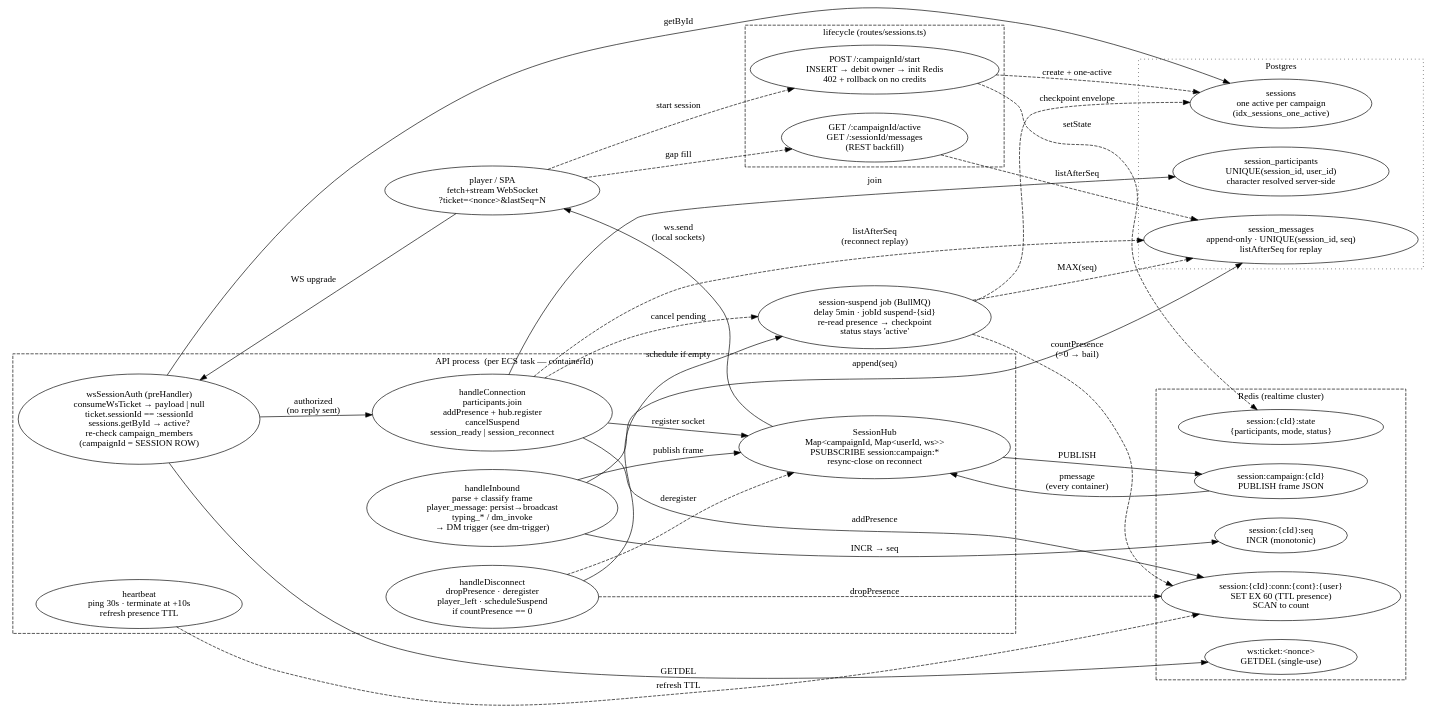
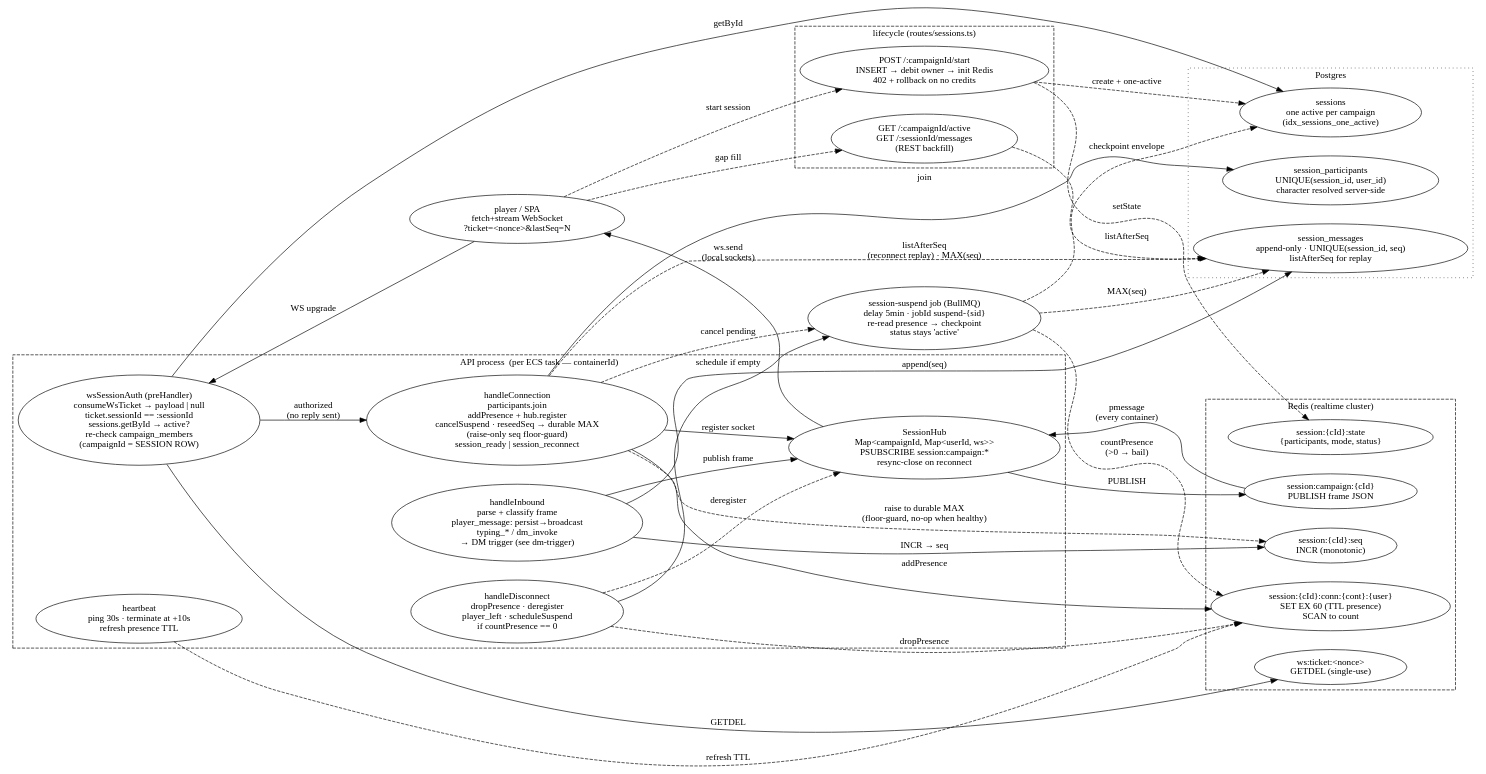
One commit to mythrun/mythrun changed the diagram in docs/wiki/diagrams/runtime/session-transport.dot. Above: the diagram before and after it, drawn with Graphviz. The commit also changed 32 other files, not shown here.

```diff
--- a/docs/wiki/diagrams/runtime/session-transport.dot
+++ b/docs/wiki/diagrams/runtime/session-transport.dot
@@ -1,106 +1,111 @@
 digraph session_transport {
   // The live multiplayer WebSocket session transport. A player mints a
   // single-use ws-ticket (HTTP), then upgrades GET /ws/session/:sessionId
   // carrying it as a query param. wsSessionAuth consumes the ticket
   // PRE-UPGRADE, re-checks membership against the LOADED session row, and
   // only then completes the handshake. Inbound chat is persist-then-broadcast:
   // a server-assigned Redis-INCR seq, an append to session_messages, then a
   // fan-out through the SessionHub. The hub PSUBSCRIBEs one Redis channel per
   // campaign so a message published on any API container reaches every
   // container's locally-connected sockets. Presence is a TTL key per
   // connection; the last disconnect schedules a delayed BullMQ suspend job
-  // that re-reads presence on fire (idempotent, crash-safe).
+  // that re-reads presence on fire (idempotent, crash-safe). The join path
+  // also raises the campaign :seq counter to the session's durable MAX(seq)
+  // (raise-only reseedSeq — the myth-rf5rn floor-guard) before any message is
+  // accepted, so a counter that expired over a long idle can't silently
+  // persist low-seq rows before the session opening.
   rankdir=LR;
   compound=true;
   nodesep=0.4;
   ranksep=0.8;
 
   client [label="player / SPA\nfetch+stream WebSocket\n?ticket=<nonce>&lastSeq=N", color="ember", fontcolor="ember"];
 
   subgraph cluster_api {
     label="API process  (per ECS task — containerId)";
     style="dashed";
 
     auth   [label="wsSessionAuth (preHandler)\nconsumeWsTicket → payload | null\nticket.sessionId == :sessionId\nsessions.getById → active?\nre-check campaign_members\n(campaignId = SESSION ROW)"];
-    conn   [label="handleConnection\nparticipants.join\naddPresence + hub.register\ncancelSuspend\nsession_ready | session_reconnect"];
+    conn   [label="handleConnection\nparticipants.join\naddPresence + hub.register\ncancelSuspend · reseedSeq → durable MAX\n(raise-only seq floor-guard)\nsession_ready | session_reconnect"];
     inbound [label="handleInbound\nparse + classify frame\nplayer_message: persist→broadcast\ntyping_* / dm_invoke\n→ DM trigger (see dm-trigger)"];
     heart  [label="heartbeat\nping 30s · terminate at +10s\nrefresh presence TTL"];
     disc   [label="handleDisconnect\ndropPresence · deregister\nplayer_left · scheduleSuspend\nif countPresence == 0"];
     hub    [label="SessionHub\nMap<campaignId, Map<userId, ws>>\nPSUBSCRIBE session:campaign:*\nresync-close on reconnect", color="ember", fontcolor="ember"];
   }
 
   subgraph cluster_redis {
     label="Redis (realtime cluster)";
     style="dashed";
     color="ember";
     fontcolor="ember";
 
     ticket  [label="ws:ticket:<nonce>\nGETDEL (single-use)"];
     seq     [label="session:{cId}:seq\nINCR (monotonic)"];
     pres    [label="session:{cId}:conn:{cont}:{user}\nSET EX 60 (TTL presence)\nSCAN to count"];
     state   [label="session:{cId}:state\n{participants, mode, status}"];
     channel [label="session:campaign:{cId}\nPUBLISH frame JSON", color="ember", fontcolor="ember"];
   }
 
   subgraph cluster_pg {
     label="Postgres";
     style="dotted";
 
     sessions    [label="sessions\none active per campaign\n(idx_sessions_one_active)"];
     messages    [label="session_messages\nappend-only · UNIQUE(session_id, seq)\nlistAfterSeq for replay"];
     participants [label="session_participants\nUNIQUE(session_id, user_id)\ncharacter resolved server-side"];
   }
 
   subgraph cluster_lifecycle {
     label="lifecycle (routes/sessions.ts)";
     style="dashed";
     color="ember";
     fontcolor="ember";
 
     start [label="POST /:campaignId/start\nINSERT → debit owner → init Redis\n402 + rollback on no credits"];
     rest  [label="GET /:campaignId/active\nGET /:sessionId/messages\n(REST backfill)"];
   }
 
   suspend [label="session-suspend job (BullMQ)\ndelay 5min · jobId suspend-{sid}\nre-read presence → checkpoint\nstatus stays 'active'", color="ember", fontcolor="ember"];
 
   // Mint + upgrade
   client -> start    [label="start session", style=dashed];
   start  -> sessions [label="create + one-active", style=dashed];
   start  -> state    [label="setState", style=dashed];
   client -> auth     [label="WS upgrade"];
   auth   -> ticket   [label="GETDEL"];
   auth   -> sessions [label="getById"];
   auth   -> conn     [label="authorized\n(no reply sent)"];
 
   // Connect
   conn -> participants [label="join"];
   conn -> pres         [label="addPresence"];
   conn -> hub          [label="register socket"];
   conn -> suspend      [label="cancel pending", style=dashed];
-  conn -> messages     [label="listAfterSeq\n(reconnect replay)", style=dashed];
+  conn -> seq          [label="raise to durable MAX\n(floor-guard, no-op when healthy)", style=dashed];
+  conn -> messages     [label="listAfterSeq\n(reconnect replay) · MAX(seq)", style=dashed];
 
   // Inbound chat: persist-then-broadcast
   inbound -> seq      [label="INCR → seq"];
   inbound -> messages [label="append(seq)"];
   inbound -> hub      [label="publish frame"];
 
   // Cross-container fan-out
   hub     -> channel [label="PUBLISH"];
   channel -> hub     [label="pmessage\n(every container)", color="ember"];
   hub     -> client  [label="ws.send\n(local sockets)"];
 
   // Heartbeat + disconnect
   heart -> pres    [label="refresh TTL", style=dashed];
   disc  -> pres    [label="dropPresence", style=dashed];
   disc  -> hub     [label="deregister", style=dashed];
   disc  -> suspend [label="schedule if empty"];
 
   // Suspend processor
   suspend -> pres     [label="countPresence\n(>0 → bail)", style=dashed];
   suspend -> messages [label="MAX(seq)", style=dashed];
   suspend -> sessions [label="checkpoint envelope", style=dashed];
 
   // REST backfill
   client -> rest     [label="gap fill", style=dashed];
   rest   -> messages [label="listAfterSeq", style=dashed];
 }
```
